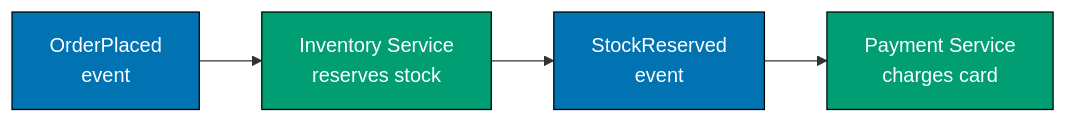
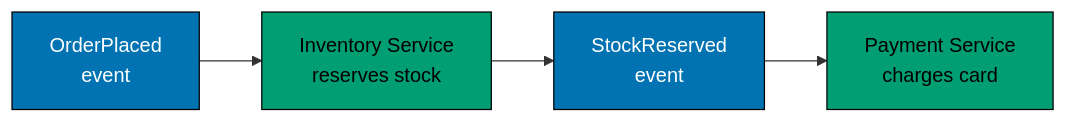
One commit to wahidyankf/ose-public changed the fourth of 18 diagrams in apps/ayokoding-www/content/en/learn/legacy/software-engineering/software-architecture/patterns-and-principles/in-oop-by-example/advanced.md. Above: the diagram before and after it, drawn with Mermaid. The commit also changed other lines of this file and 78 other files, not shown here.

First line of the commit message:
fix(mermaid): bring the remaining legacy software-engineering diagrams onto the accessible palette

````diff
--- a/apps/ayokoding-www/content/en/learn/legacy/software-engineering/software-architecture/patterns-and-principles/in-oop-by-example/advanced.md
+++ b/apps/ayokoding-www/content/en/learn/legacy/software-engineering/software-architecture/patterns-and-principles/in-oop-by-example/advanced.md
@@ -864,11 +881,16 @@
 ```mermaid
 graph LR
+    accTitle: Example 61: Saga Choreography
+    accDescr: Graph with 4 nodes and 3 connections. Nodes: OrderPlaced event, Inventory Service reserves stock, StockReserved event, Payment Service charges card. Connections: OrderPlaced event to Inventory Service reserves stock, Inventory Service reserves stock to StockReserved event, StockReserved event to Payment Service charges card.
     A["OrderPlaced<br/>event"] --> B["Inventory Service<br/>reserves stock"]
     B --> C["StockReserved<br/>event"]
     C --> D["Payment Service<br/>charges card"]
 
-    style A fill:#0173B2,stroke:#000,color:#fff
-    style B fill:#029E73,stroke:#000,color:#fff
-    style C fill:#0173B2,stroke:#000,color:#fff
-    style D fill:#029E73,stroke:#000,color:#fff
+    classDef pal-0173B2 fill:#0173B2,stroke:#000000,color:#FFFFFF
+    class A pal-0173B2
+    classDef pal-029E73 fill:#029E73,stroke:#000000,color:#000000
+    class B pal-029E73
+    class C pal-0173B2
+    class D pal-029E73
+    classDef default fill:#FFFFFF,stroke:#000000,color:#000000
 ```
````
